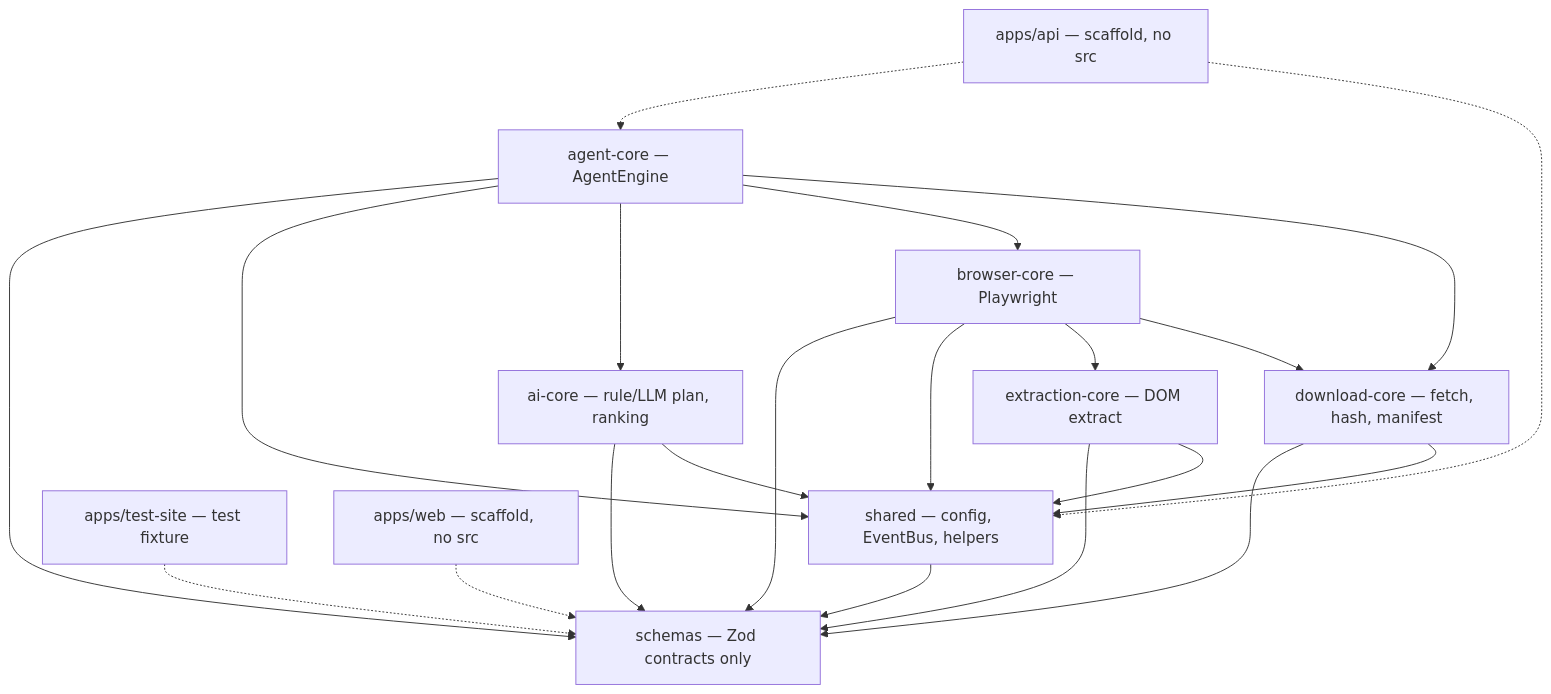
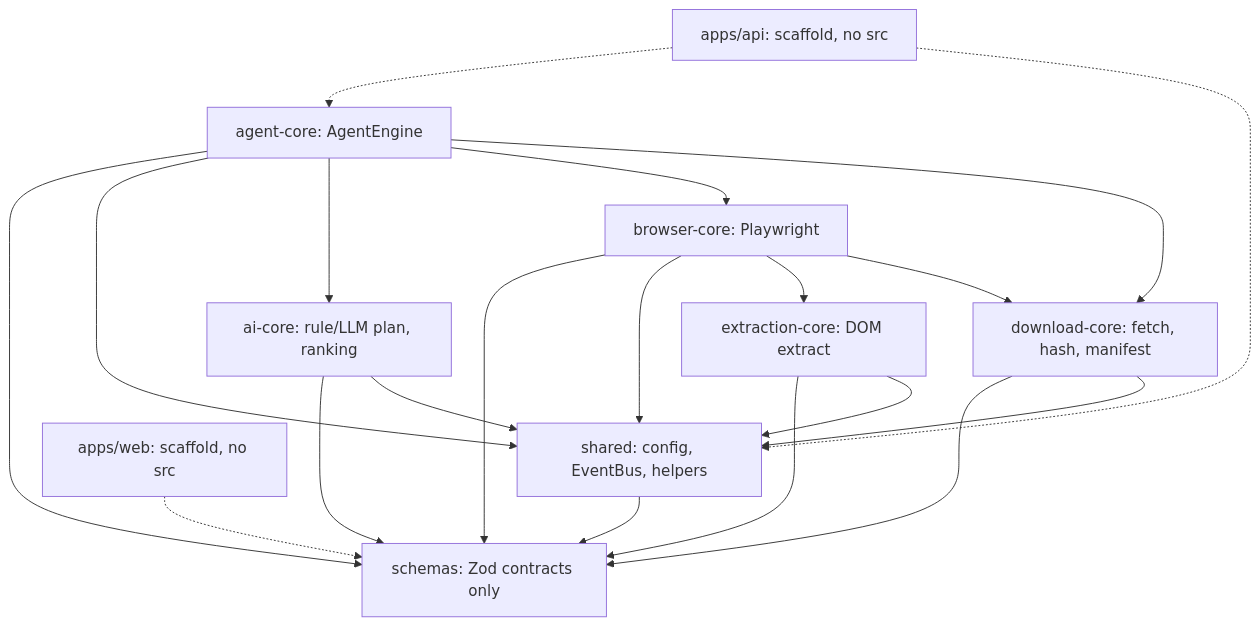
The second of 2 diagrams in docs/architecture.md (Aerial-relativedensity2766/Web-Pilot), drawn with Mermaid before and after one commit. The commit also changed other lines of this file, not shown here.

First line of the commit message:
docs: simplify architecture Mermaid for GitHub rendering

````diff
--- a/docs/architecture.md
+++ b/docs/architecture.md
@@ -81,34 +64,32 @@
 ```mermaid
 flowchart TB
-  schemas["schemas — Zod contracts only"]
-  shared["shared — config, EventBus, helpers"]
-  aiCore["ai-core — rule/LLM plan, ranking"]
-  extraction["extraction-core — DOM extract"]
-  download["download-core — fetch, hash, manifest"]
-  browser["browser-core — Playwright"]
-  agent["agent-core — AgentEngine"]
-  fixtures["apps/test-site — test fixture"]
-  apiApp["apps/api — scaffold, no src"]
-  webApp["apps/web — scaffold, no src"]
+  schemas["schemas: Zod contracts only"]
+  shared["shared: config, EventBus, helpers"]
+  aiCore["ai-core: rule/LLM plan, ranking"]
+  extraction["extraction-core: DOM extract"]
+  download["download-core: fetch, hash, manifest"]
+  browser["browser-core: Playwright"]
+  agent["agent-core: AgentEngine"]
+  apiApp["apps/api: scaffold, no src"]
+  webApp["apps/web: scaffold, no src"]
 
   shared --> schemas
   aiCore --> schemas
   aiCore --> shared
   extraction --> schemas
   extraction --> shared
   download --> schemas
   download --> shared
   browser --> schemas
   browser --> shared
   browser --> extraction
   browser --> download
   agent --> schemas
   agent --> shared
   agent --> aiCore
   agent --> browser
   agent --> download
-  fixtures -.-> schemas
   apiApp -.-> agent
   apiApp -.-> shared
   webApp -.-> schemas
 ```
````
